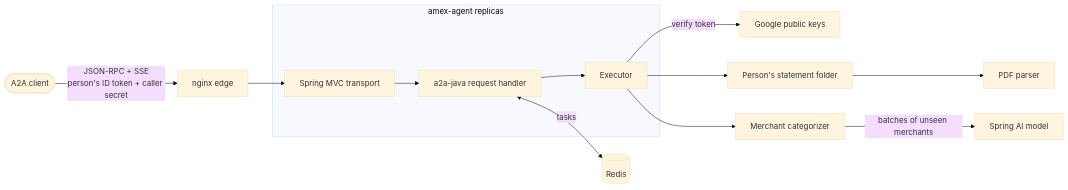
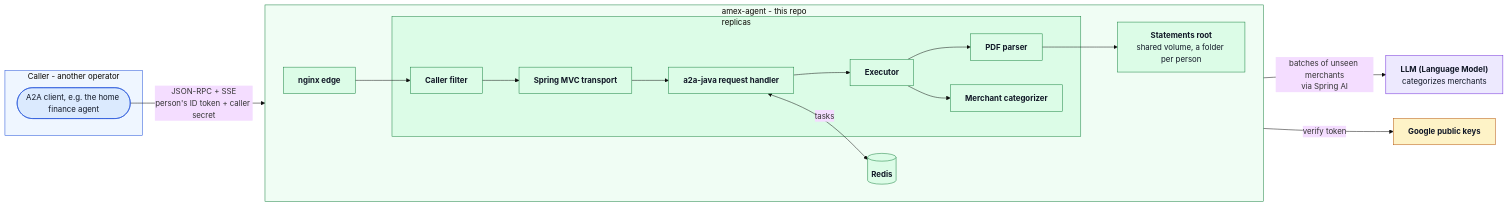
The diagram in README.md (erancha/amex-agent), drawn with Mermaid (base theme) before and after one commit. The commit also changed other lines of this file and 11 other files, not shown here.

First line of the commit message:
Split the architecture doc into a map and sub-pages and lead the README with the request's path

````diff
--- a/README.md
+++ b/README.md
@@ -118,15 +19,32 @@
 ```mermaid
 flowchart LR
-  C([A2A client]) -->|JSON-RPC + SSE<br/>person's ID token + caller secret| N[nginx edge]
-  N --> E
-  subgraph R[amex-agent replicas]
-    E[Spring MVC transport] --> H[a2a-java request handler]
-    H --> X[Executor]
+  subgraph CALLER[Caller  - another operator]
+    C([A2A client, e.g. the home finance agent])
   end
-  H <-->|tasks| T[(Redis)]
-  X -->|verify token| G[Google public keys]
-  X --> F[Person's statement folder]
-  F --> P[PDF parser]
-  X --> M[Merchant categorizer]
-  M -->|batches of unseen merchants| L[Spring AI model]
+  C -->|JSON-RPC + SSE<br/>person's ID token + caller secret| N
+  subgraph AMX[amex-agent  - this repo]
+    direction LR
+    N["<b>nginx edge</b>"] --> W
+    subgraph R[replicas]
+      W["<b>Caller filter</b>"] --> E["<b>Spring MVC transport</b>"] --> H["<b>a2a-java request handler</b>"]
+      H --> X["<b>Executor</b>"]
+      X --> P["<b>PDF parser</b>"]
+      X --> M["<b>Merchant categorizer</b>"]
+    end
+    H <-->|tasks| T[("<b>Redis</b>")]
+    P --> F["<b>Statements root</b><br/>shared volume, a folder per person"]
+  end
+  M -->|batches of unseen merchants<br/>via Spring AI| L["<b>LLM (Language Model)</b><br/>categorizes merchants"]
+  X -->|verify token| G["<b>Google public keys</b>"]
+  classDef caller fill:#dbeafe,stroke:#1d4ed8,color:#111827
+  classDef amx fill:#dcfce7,stroke:#15803d,color:#111827
+  classDef goog fill:#fef3c7,stroke:#b45309,color:#111827
+  classDef llm fill:#ede9fe,stroke:#6d28d9,color:#111827
+  class C caller
+  class N,W,E,H,X,T,F,P,M amx
+  class G goog
+  class L llm
+  style CALLER fill:#eff6ff,stroke:#1d4ed8
+  style AMX fill:#f0fdf4,stroke:#15803d
+  style R fill:#dcfce7,stroke:#15803d
 ```
````
